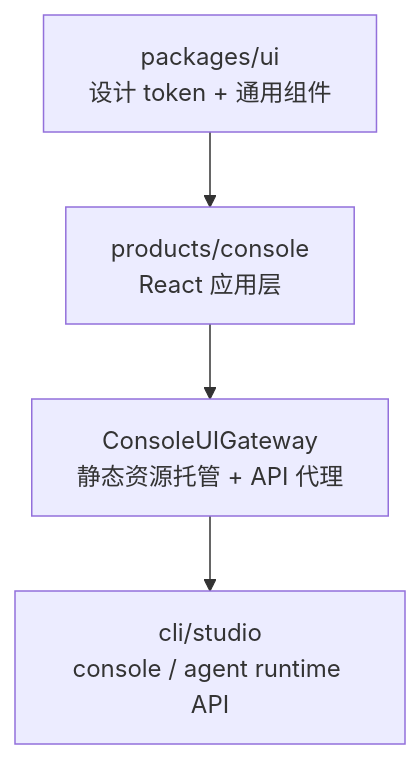
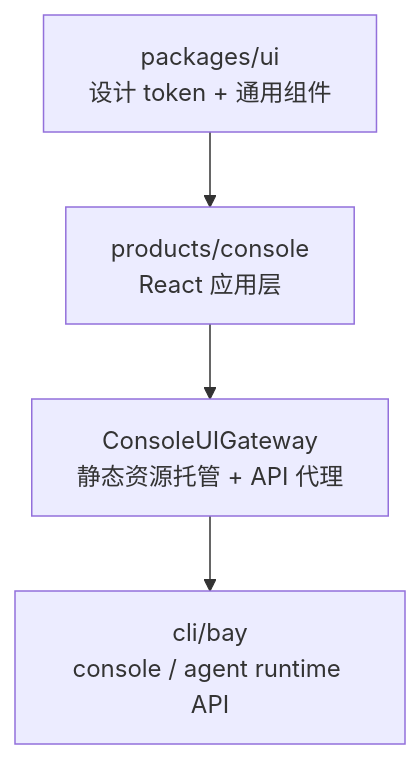
One commit to wangenius/downcity changed the diagram in homepage/content/devdocs/zh/console-ui/react-architecture-v2.mdx. Above: the diagram before and after it, drawn with Mermaid. The commit also changed other lines of this file and 299 other files, not shown here.

Commit message:
feat(city): rename studio domain to bay

````diff
--- a/homepage/content/devdocs/zh/console-ui/react-architecture-v2.mdx
+++ b/homepage/content/devdocs/zh/console-ui/react-architecture-v2.mdx
@@ -30,11 +30,11 @@
 ```mermaid
 flowchart TD
   Gateway["ConsoleUIGateway<br/>静态资源托管 + API 代理"]
   App["products/console<br/>React 应用层"]
   UI["packages/ui<br/>设计 token + 通用组件"]
-  Runtime["cli/studio<br/>console / agent runtime API"]
+  Runtime["cli/bay<br/>console / agent runtime API"]
 
   UI --> App
   App --> Gateway
   Gateway --> Runtime
 ```
````
